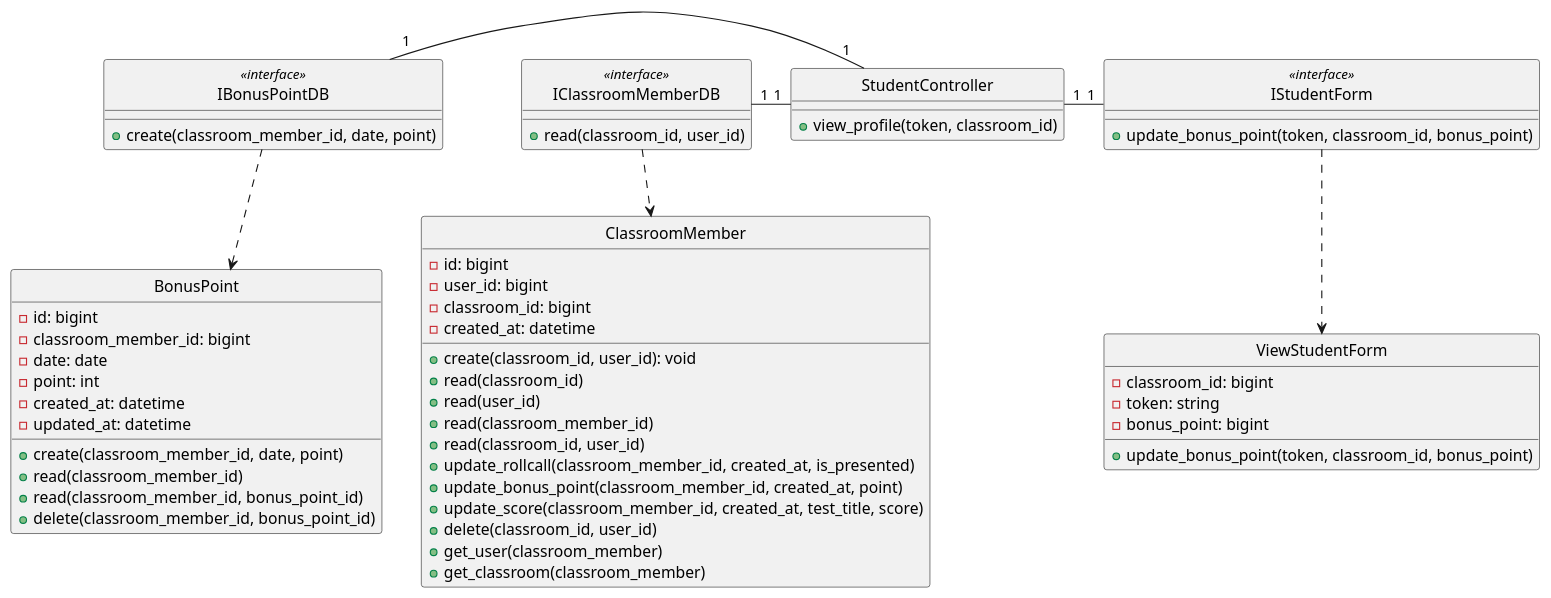
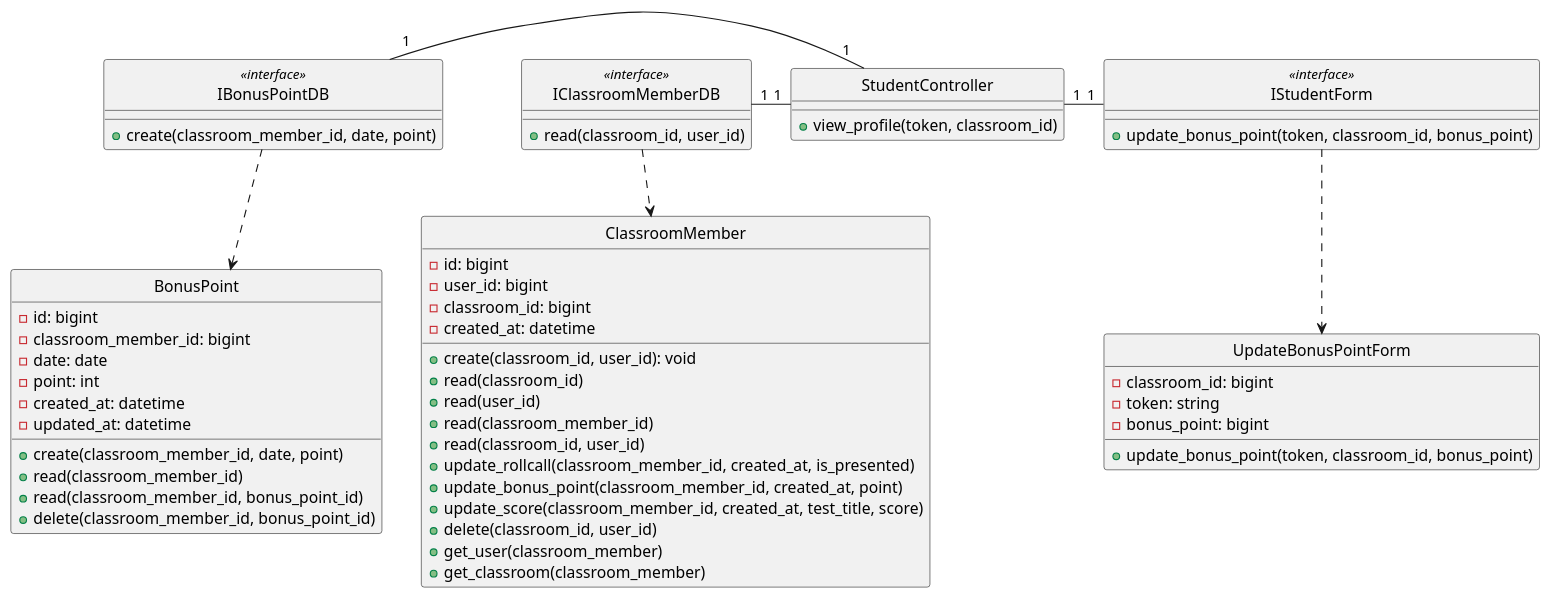
The diagram in class - design/rollcall/updateBonusPoint.plantuml (anonyhostvn/OOAD-Diagram), drawn with PlantUML before and after one commit. The commit also changed 1 other file, not shown here.

Commit message:
fix roll call form name

```diff
--- a/class - design/rollcall/updateBonusPoint.plantuml
+++ b/class - design/rollcall/updateBonusPoint.plantuml
@@ -1,78 +1,78 @@
 @startuml addStudent
 
-class ViewStudentForm {
+class UpdateBonusPointForm {
     - classroom_id: bigint
     - token: string
     - bonus_point: bigint
 
     + update_bonus_point(token, classroom_id, bonus_point)
 }
 
 class IStudentForm <<interface>> {
     + update_bonus_point(token, classroom_id, bonus_point)
 }
 
 class StudentController {
     + view_profile(token, classroom_id)
 }
 
 class ClassroomMember {
     - id: bigint
     - user_id: bigint
     - classroom_id: bigint
     - created_at: datetime
 
     + create(classroom_id, user_id): void
     + read(classroom_id)
     + read(user_id)
     + read(classroom_member_id)
     + read(classroom_id, user_id)
     + update_rollcall(classroom_member_id, created_at, is_presented)
     + update_bonus_point(classroom_member_id, created_at, point)
     + update_score(classroom_member_id, created_at, test_title, score)
     + delete(classroom_id, user_id)
     + get_user(classroom_member)
     + get_classroom(classroom_member)
 }
 
 class IClassroomMemberDB <<interface>> {
     + read(classroom_id, user_id)
 }
 
 
 class BonusPoint {
     - id: bigint
     - classroom_member_id: bigint
     - date: date
     - point: int
     - created_at: datetime
     - updated_at: datetime
 
     + create(classroom_member_id, date, point)
     + read(classroom_member_id)
     + read(classroom_member_id, bonus_point_id)
     + delete(classroom_member_id, bonus_point_id)
 }
 
 class IBonusPointDB <<interface>> {
     + create(classroom_member_id, date, point)
 }
 
-hide ViewStudentForm circle
+hide UpdateBonusPointForm circle
 hide IStudentForm <<interface>> circle
 hide StudentController circle
 hide IClassroomMemberDB <<interface>> circle
 hide ClassroomMember circle
 hide IBonusPointDB <<interface>> circle
 hide BonusPoint circle 
 
 
-IStudentForm .down.> ViewStudentForm
+IStudentForm .down.> UpdateBonusPointForm
 IClassroomMemberDB .down.> ClassroomMember
 IBonusPointDB .down.> BonusPoint
 IStudentForm "1"-left-"1" StudentController
 StudentController "1"-left-"1" IClassroomMemberDB
 StudentController "1"-left-"1" IBonusPointDB
 
 
 @enduml
```
